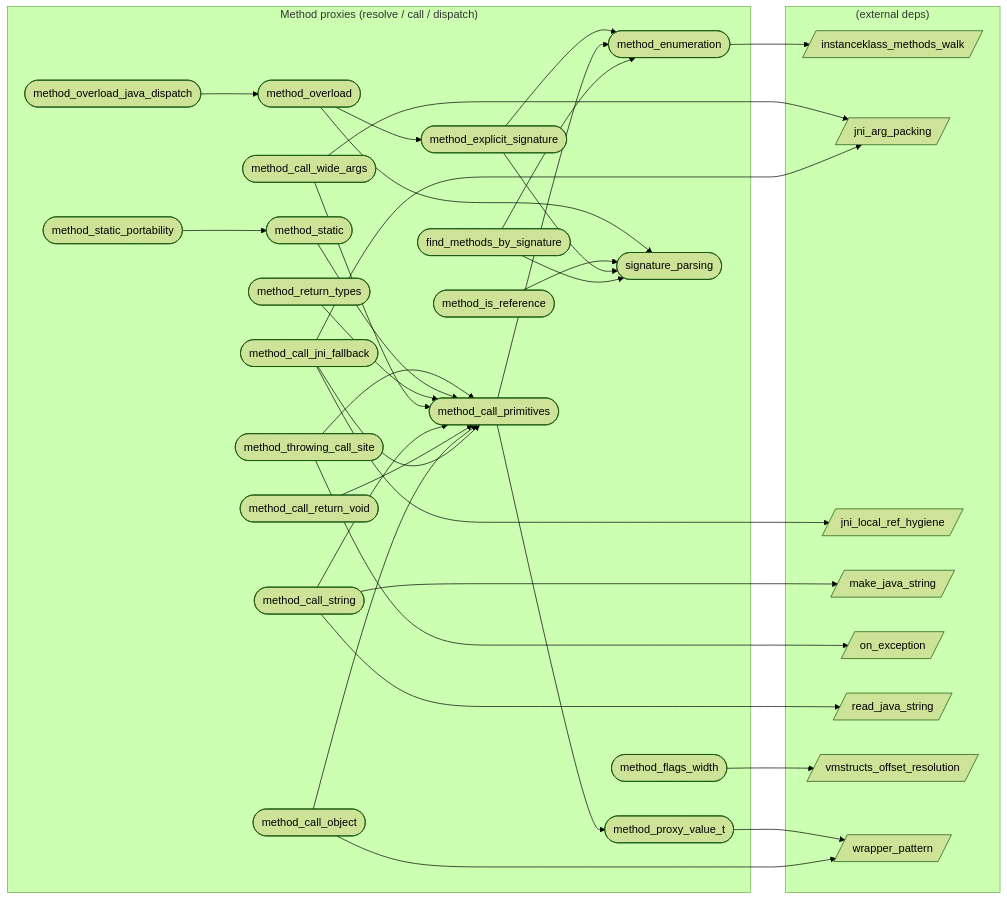
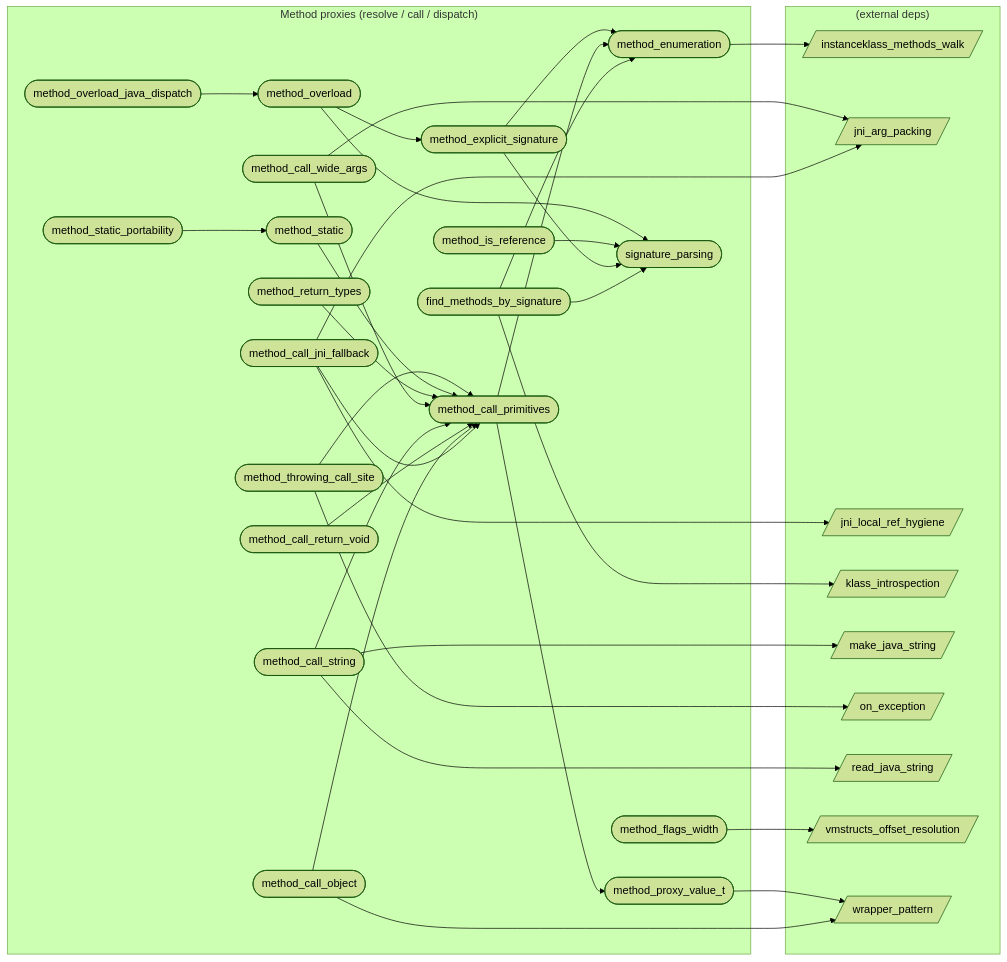
One commit to xxxnpno/VMHook changed the diagram in audit/graph/categories/method.md. Above: the diagram before and after it, drawn with Mermaid (forest theme). The commit also changed other lines of this file and 89 other files, not shown here.

````diff
--- a/audit/graph/categories/method.md
+++ b/audit/graph/categories/method.md
@@ -36,63 +36,65 @@
 ```mermaid
 flowchart LR
   subgraph method["Method proxies (resolve / call / dispatch)"]
     find_methods_by_signature([find_methods_by_signature])
     method_call_jni_fallback([method_call_jni_fallback])
     method_call_object([method_call_object])
     method_call_primitives([method_call_primitives])
     method_call_return_void([method_call_return_void])
     method_call_string([method_call_string])
     method_call_wide_args([method_call_wide_args])
     method_enumeration([method_enumeration])
     method_explicit_signature([method_explicit_signature])
     method_flags_width([method_flags_width])
     method_is_reference([method_is_reference])
     method_overload([method_overload])
     method_overload_java_dispatch([method_overload_java_dispatch])
     method_proxy_value_t([method_proxy_value_t])
     method_return_types([method_return_types])
     method_static([method_static])
     method_static_portability([method_static_portability])
     method_throwing_call_site([method_throwing_call_site])
     signature_parsing([signature_parsing])
   end
   subgraph external["(external deps)"]
     instanceklass_methods_walk[/instanceklass_methods_walk/]
     jni_arg_packing[/jni_arg_packing/]
     jni_local_ref_hygiene[/jni_local_ref_hygiene/]
+    klass_introspection[/klass_introspection/]
     make_java_string[/make_java_string/]
     on_exception[/on_exception/]
     read_java_string[/read_java_string/]
     vmstructs_offset_resolution[/vmstructs_offset_resolution/]
     wrapper_pattern[/wrapper_pattern/]
   end
   find_methods_by_signature --> signature_parsing
   find_methods_by_signature --> method_enumeration
+  find_methods_by_signature --> klass_introspection
   method_call_jni_fallback --> method_call_primitives
   method_call_jni_fallback --> jni_arg_packing
   method_call_jni_fallback --> jni_local_ref_hygiene
   method_call_object --> method_call_primitives
   method_call_object --> wrapper_pattern
   method_call_primitives --> method_proxy_value_t
   method_call_primitives --> method_enumeration
   method_call_return_void --> method_call_primitives
   method_call_string --> method_call_primitives
   method_call_string --> make_java_string
   method_call_string --> read_java_string
   method_call_wide_args --> method_call_primitives
   method_call_wide_args --> jni_arg_packing
   method_enumeration --> instanceklass_methods_walk
   method_explicit_signature --> signature_parsing
   method_explicit_signature --> method_enumeration
   method_flags_width --> vmstructs_offset_resolution
   method_is_reference --> signature_parsing
   method_overload --> signature_parsing
   method_overload --> method_explicit_signature
   method_overload_java_dispatch --> method_overload
   method_proxy_value_t --> wrapper_pattern
   method_return_types --> method_call_primitives
   method_static --> method_call_primitives
   method_static_portability --> method_static
   method_throwing_call_site --> method_call_primitives
   method_throwing_call_site --> on_exception
 ```
````
